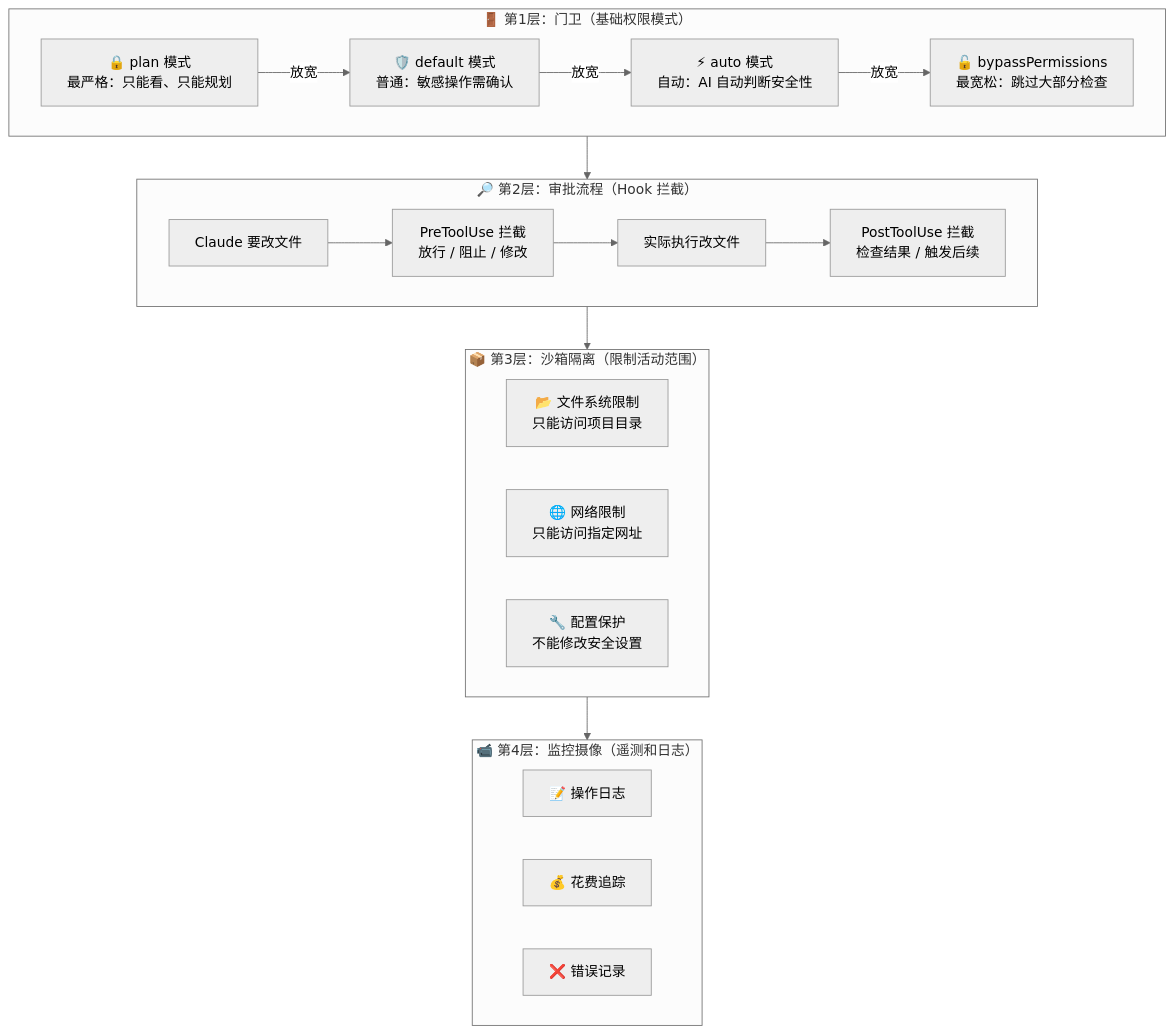
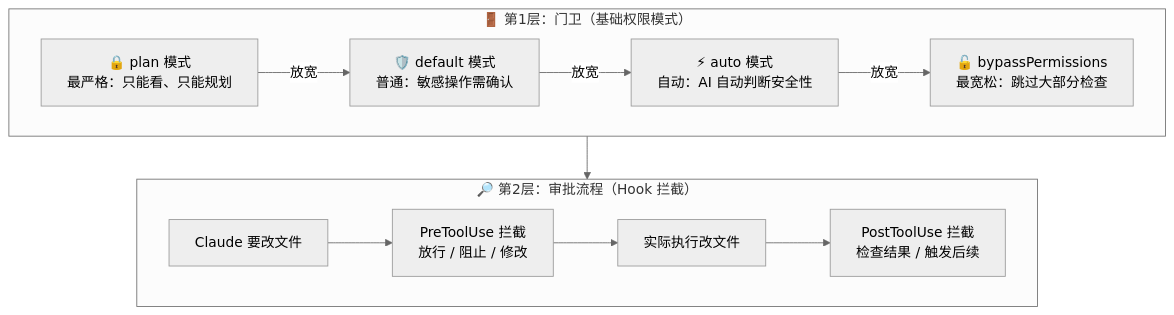
One commit to WSbaikaishui/claude-code-source-code changed the seventh of 16 diagrams in docs/architecture/00-visual-guide.md. Above: the diagram before and after it, drawn with Mermaid (neutral theme). The commit also changed other lines of this file and 73 other files, not shown here.

First line of the commit message:
Fix all Mermaid diagrams: restore semantics + fix dimensions

````diff
--- a/docs/architecture/00-visual-guide.md
+++ b/docs/architecture/00-visual-guide.md
@@ -220,32 +236,17 @@
 ```mermaid
 graph TD
     subgraph layer1["🚪 第1层：门卫（基础权限模式）"]
         P1["🔒 plan 模式<br>最严格：只能看、只能规划"]
         P2["🛡️ default 模式<br>普通：敏感操作需确认"]
         P3["⚡ auto 模式<br>自动：AI 自动判断安全性"]
         P4["🔓 bypassPermissions<br>最宽松：跳过大部分检查"]
         P1 -->|放宽| P2 -->|放宽| P3 -->|放宽| P4
     end
 
     subgraph layer2["🔎 第2层：审批流程（Hook 拦截）"]
-        H1["Claude 要改文件"]
-        H2["PreToolUse 拦截<br>放行 / 阻止 / 修改"]
-        H3["实际执行改文件"]
-        H4["PostToolUse 拦截<br>检查结果 / 触发后续"]
-        H1 --> H2 --> H3 --> H4
+        H1["Claude 要改文件"] --> H2["PreToolUse 拦截<br>放行 / 阻止 / 修改"]
+        H2 --> H3["实际执行改文件"] --> H4["PostToolUse 拦截<br>检查结果 / 触发后续"]
     end
 
-    subgraph layer3["📦 第3层：沙箱隔离（限制活动范围）"]
-        S1["📂 文件系统限制<br>只能访问项目目录"]
-        S2["🌐 网络限制<br>只能访问指定网址"]
-        S3["🔧 配置保护<br>不能修改安全设置"]
-    end
-
-    subgraph layer4["📹 第4层：监控摄像（遥测和日志）"]
-        L1["📝 操作日志"]
-        L2["💰 花费追踪"]
-        L3["❌ 错误记录"]
-    end
-
-    layer1 --> layer2 --> layer3 --> layer4
+    layer1 --> layer2
 ```
````
